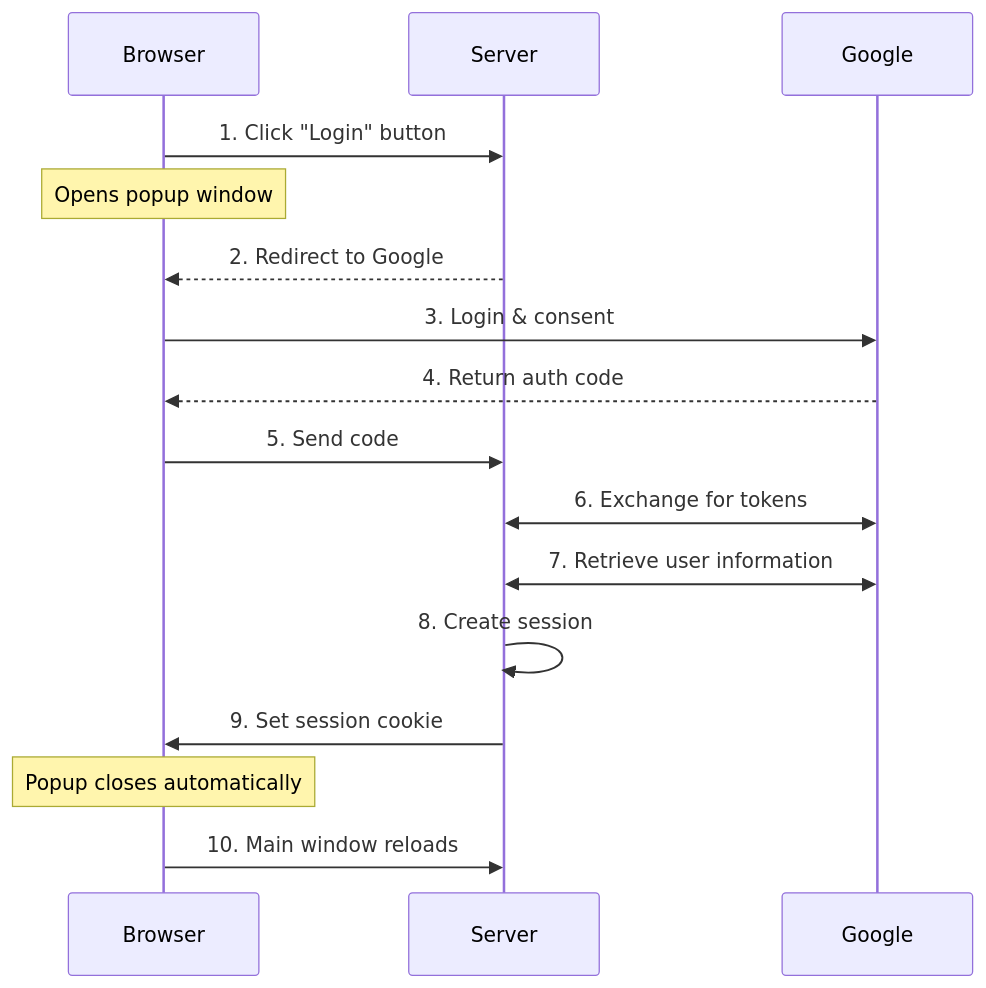
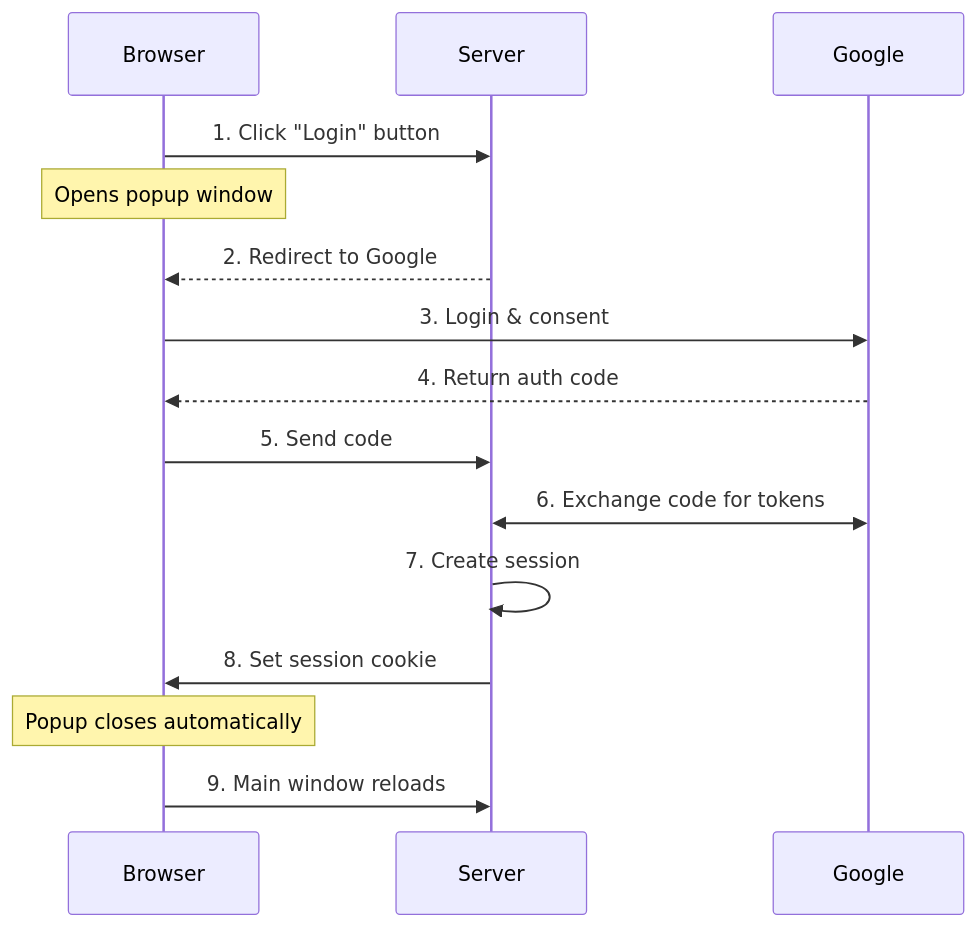
One commit to ktaka-ccmp/ktaka.blog.ccmp.jp changed the first of 4 diagrams in 2024/Axum-Google-OAuth2-Login/Readme.en.md. Above: the diagram before and after it, drawn with Mermaid. The commit also changed other lines of this file, not shown here.

````diff
--- a/2024/Axum-Google-OAuth2-Login/Readme.en.md
+++ b/2024/Axum-Google-OAuth2-Login/Readme.en.md
@@ -49,19 +49,18 @@
 ```mermaid
 sequenceDiagram
     participant Browser
     participant Server
     participant Google
 
     Browser->>Server: 1. Click "Login" button
     Note over Browser: Opens popup window
     Server-->>Browser: 2. Redirect to Google
     Browser->>Google: 3. Login & consent
     Google-->>Browser: 4. Return auth code
     Browser->>Server: 5. Send code
-    Server<<->>Google: 6. Exchange for tokens
-    Server<<->>Google: 7. Retrieve user information
-    Server->>Server: 8. Create session
-    Server->>Browser: 9. Set session cookie
+    Server<<->>Google: 6. Exchange code for tokens
+    Server->>Server: 7. Create session
+    Server->>Browser: 8. Set session cookie
     Note over Browser: Popup closes automatically
-    Browser->>Server: 10. Main window reloads
+    Browser->>Server: 9. Main window reloads
 ```
````
